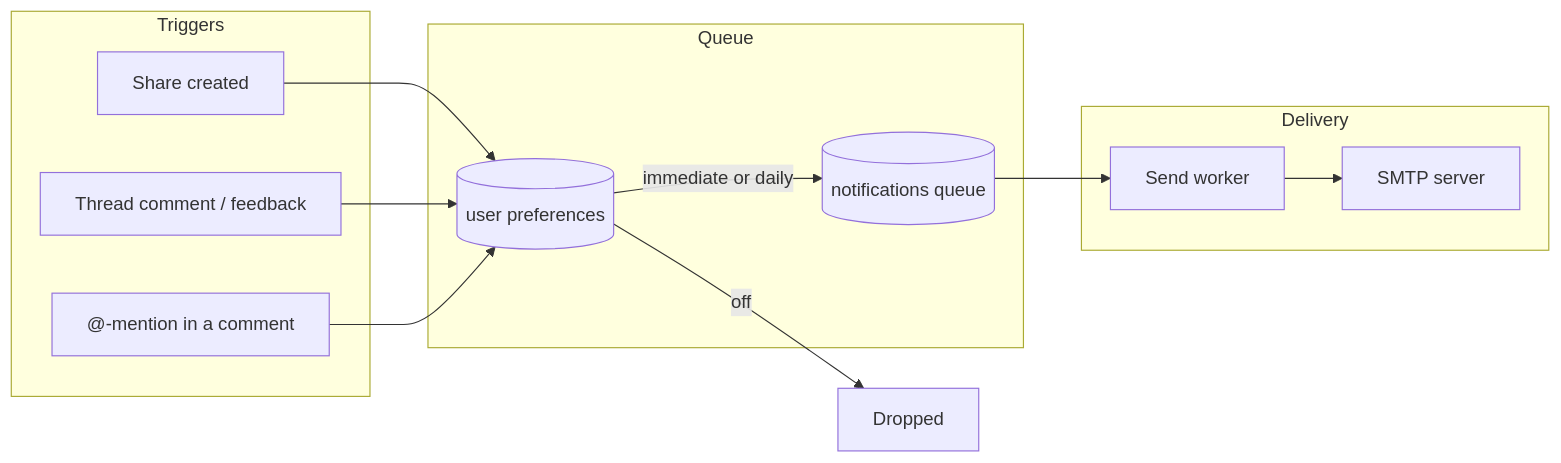
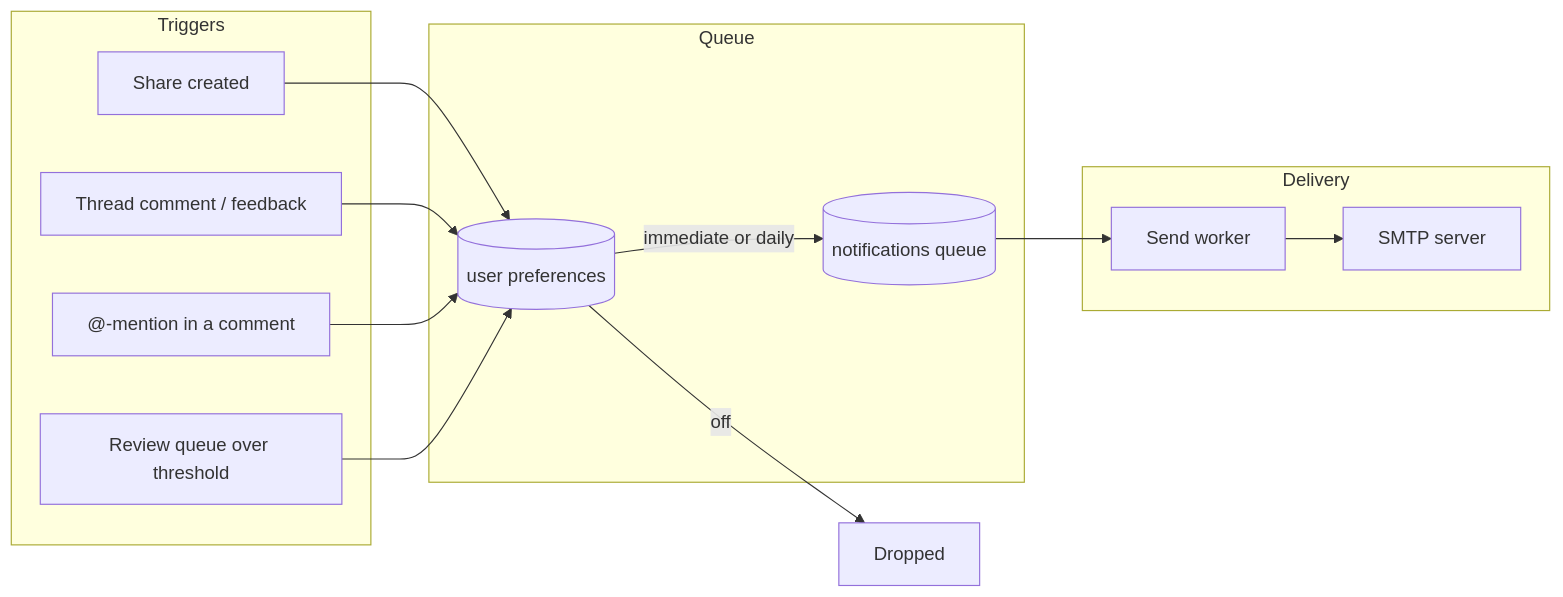
One commit to txn2/mcp-data-platform changed the diagram in docs/server/notifications.md. Above: the diagram before and after it, drawn with Mermaid. The commit also changed other lines of this file and 57 other files, not shown here.

````diff
--- a/docs/server/notifications.md
+++ b/docs/server/notifications.md
@@ -19,22 +20,24 @@
 ```mermaid
 graph LR
     subgraph Triggers
         Share[Share created]
         Comment[Thread comment / feedback]
         Mention["@-mention in a comment"]
+        Review[Review queue over threshold]
     end
     subgraph Queue
         Prefs[(user preferences)]
         Rows[(notifications queue)]
     end
     subgraph Delivery
         Worker[Send worker]
         SMTP[SMTP server]
     end
     Share --> Prefs
     Comment --> Prefs
     Mention --> Prefs
+    Review --> Prefs
     Prefs -->|off| Drop[Dropped]
     Prefs -->|immediate or daily| Rows
     Rows --> Worker --> SMTP
 ```
````
